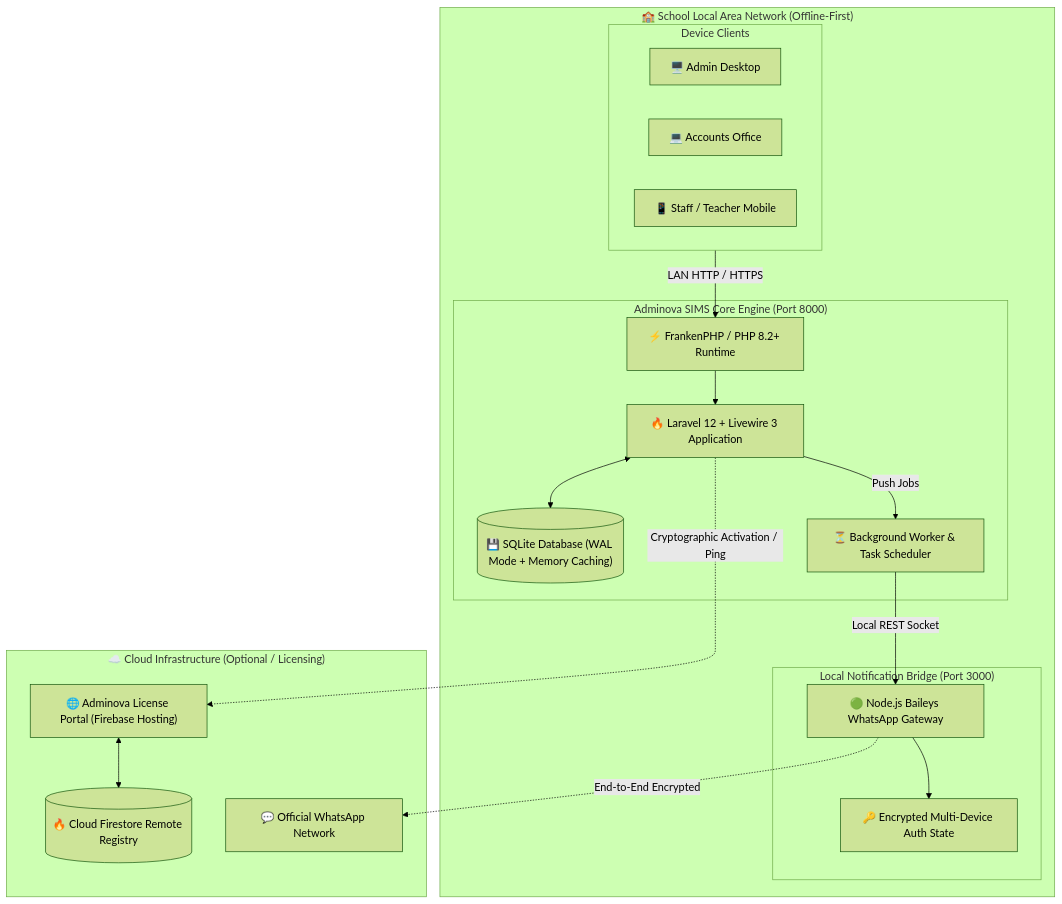
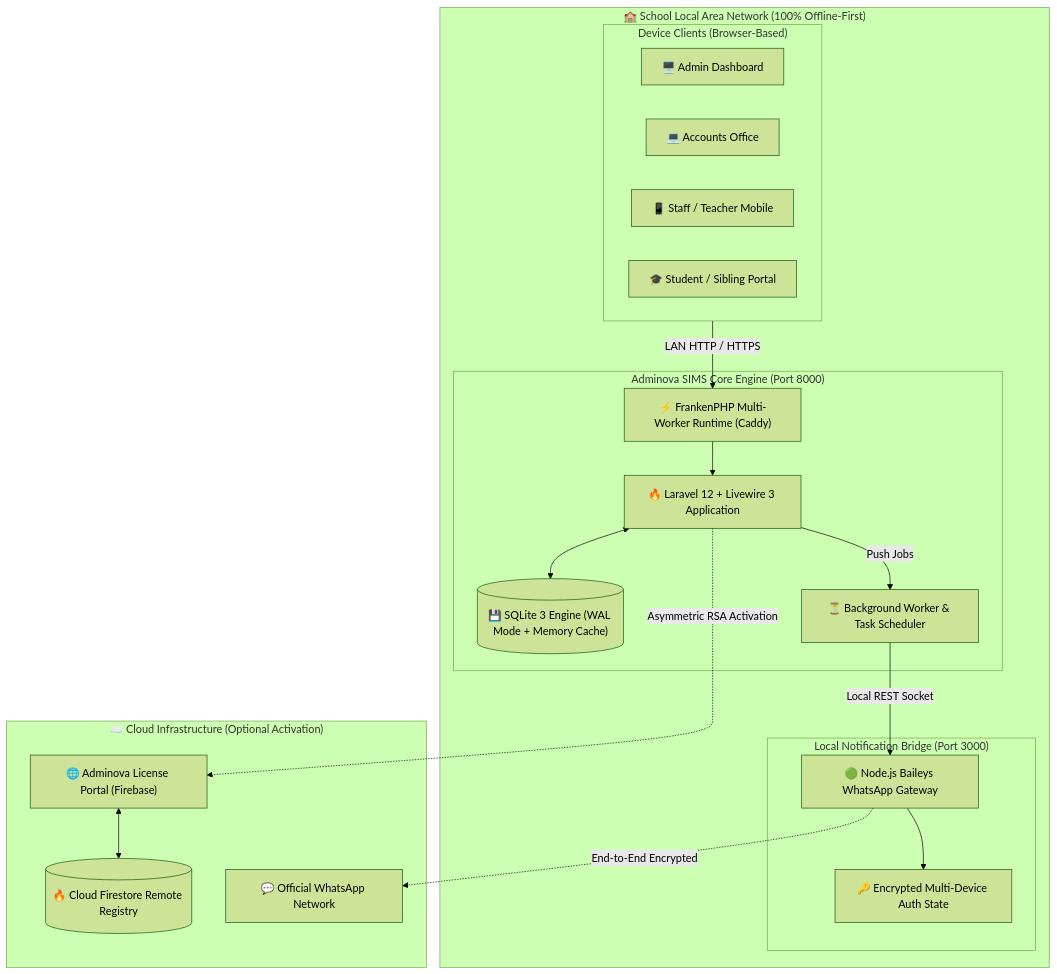
Before and after one commit to saimimran87678-web/sims-app: the first of 3 diagrams in README.md, drawn with Mermaid (forest theme). The commit also changed other lines of this file and 2 other files, not shown here.

Commit message:
chore: bump application version to v2.6.0 and update documentation with student lifecycle subsystems

````diff
--- a/README.md
+++ b/README.md
@@ -46,39 +55,40 @@
 ```mermaid
 flowchart TB
-    subgraph Campus["🏫 School Local Area Network (Offline-First)"]
-        subgraph Endpoints["Device Clients"]
-            Admin["🖥️ Admin Desktop"]
+    subgraph Campus["🏫 School Local Area Network (100% Offline-First)"]
+        subgraph Endpoints["Device Clients (Browser-Based)"]
+            Admin["🖥️ Admin Dashboard"]
             Accounts["💻 Accounts Office"]
             Staff["📱 Staff / Teacher Mobile"]
+            Portal["🎓 Student / Sibling Portal"]
         end
 
         subgraph LocalServer["Adminova SIMS Core Engine (Port 8000)"]
-            Franken["⚡ FrankenPHP / PHP 8.2+ Runtime"]
+            Franken["⚡ FrankenPHP Multi-Worker Runtime (Caddy)"]
             App["🔥 Laravel 12 + Livewire 3 Application"]
-            DB[("💾 SQLite Database (WAL Mode + Memory Caching)")]
+            DB[("💾 SQLite 3 Engine (WAL Mode + Memory Cache)")]
             Queue["⏳ Background Worker & Task Scheduler"]
         end
 
         subgraph WAGateway["Local Notification Bridge (Port 3000)"]
             NodeBridge["🟢 Node.js Baileys WhatsApp Gateway"]
             LocalSession["🔑 Encrypted Multi-Device Auth State"]
         end
     end
 
-    subgraph Cloud["☁️ Cloud Infrastructure (Optional / Licensing)"]
-        Portal["🌐 Adminova License Portal (Firebase Hosting)"]
+    subgraph Cloud["☁️ Cloud Infrastructure (Optional Activation)"]
+        LicPortal["🌐 Adminova License Portal (Firebase)"]
         Firestore[("🔥 Cloud Firestore Remote Registry")]
         WhatsAppSrv["💬 Official WhatsApp Network"]
     end
 
     Endpoints -->|LAN HTTP / HTTPS| Franken
     Franken --> App
     App <--> DB
     App -->|Push Jobs| Queue
     Queue -->|Local REST Socket| NodeBridge
     NodeBridge --> LocalSession
     NodeBridge -.->|End-to-End Encrypted| WhatsAppSrv
 
-    App -.->|Cryptographic Activation / Ping| Portal
-    Portal <--> Firestore
+    App -.->|Asymmetric RSA Activation| LicPortal
+    LicPortal <--> Firestore
 ```
````
